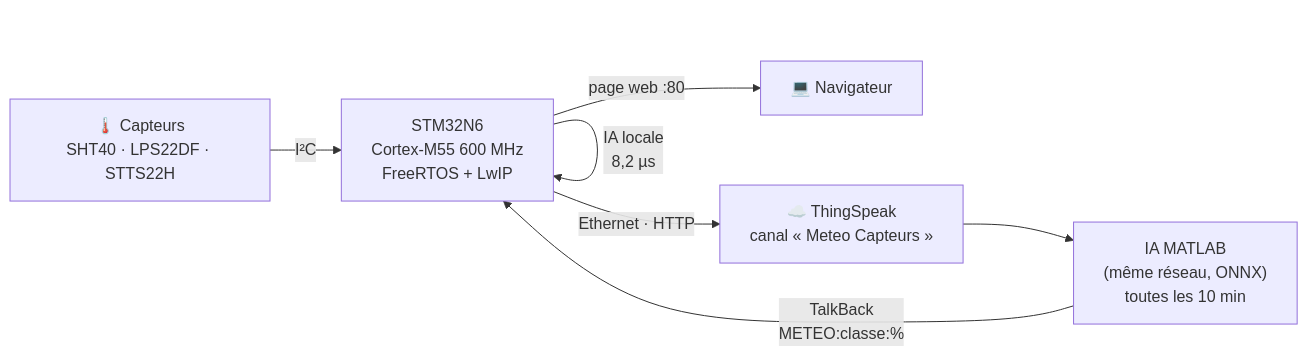
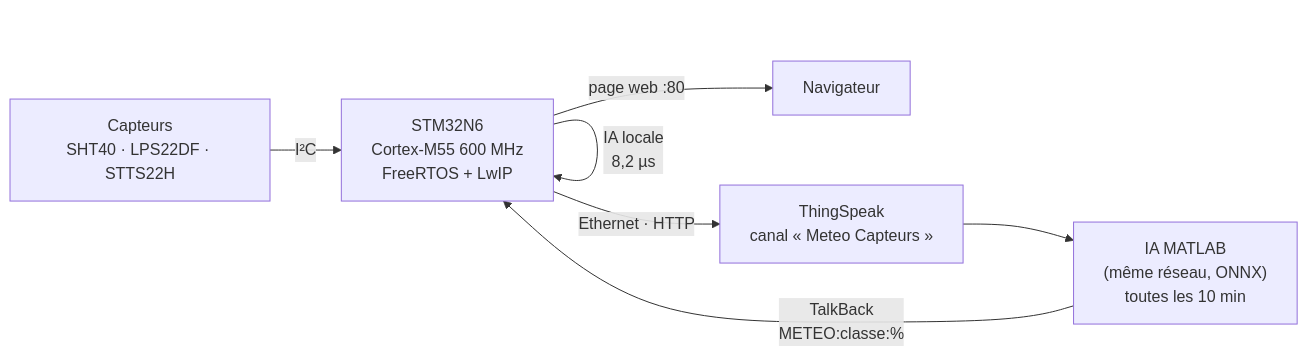
One commit to Aris-Trache/ia-meteo-edge changed the diagram in README.md. Above: the diagram before and after it, drawn with Mermaid. The commit also changed other lines of this file, not shown here.

````diff
--- a/README.md
+++ b/README.md
@@ -41,9 +41,9 @@
 ```mermaid
 flowchart LR
-  C["🌡️ Capteurs<br/>SHT40 · LPS22DF · STTS22H"] -- I²C --> M["STM32N6<br/>Cortex-M55 600 MHz<br/>FreeRTOS + LwIP"]
+  C[" Capteurs<br/>SHT40 · LPS22DF · STTS22H"] -- I²C --> M["STM32N6<br/>Cortex-M55 600 MHz<br/>FreeRTOS + LwIP"]
   M -- "IA locale<br/>8,2 µs" --> M
-  M -- "Ethernet · HTTP" --> T["☁️ ThingSpeak<br/>canal « Meteo Capteurs »"]
+  M -- "Ethernet · HTTP" --> T[" ThingSpeak<br/>canal « Meteo Capteurs »"]
   T --> A["IA MATLAB<br/>(même réseau, ONNX)<br/>toutes les 10 min"]
   A -- "TalkBack<br/>METEO:classe:%" --> M
-  M -- "page web :80" --> P["💻 Navigateur"]
+  M -- "page web :80" --> P[" Navigateur"]
 ```
````
